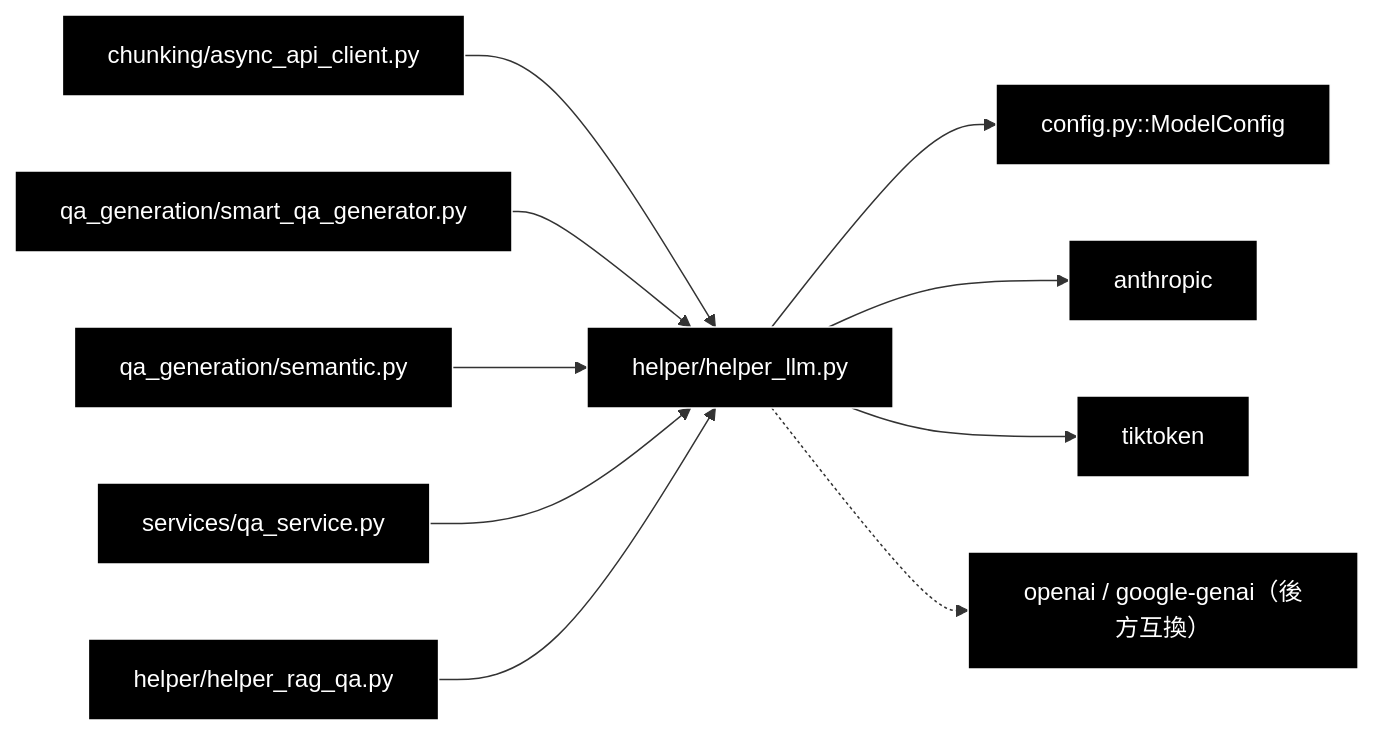
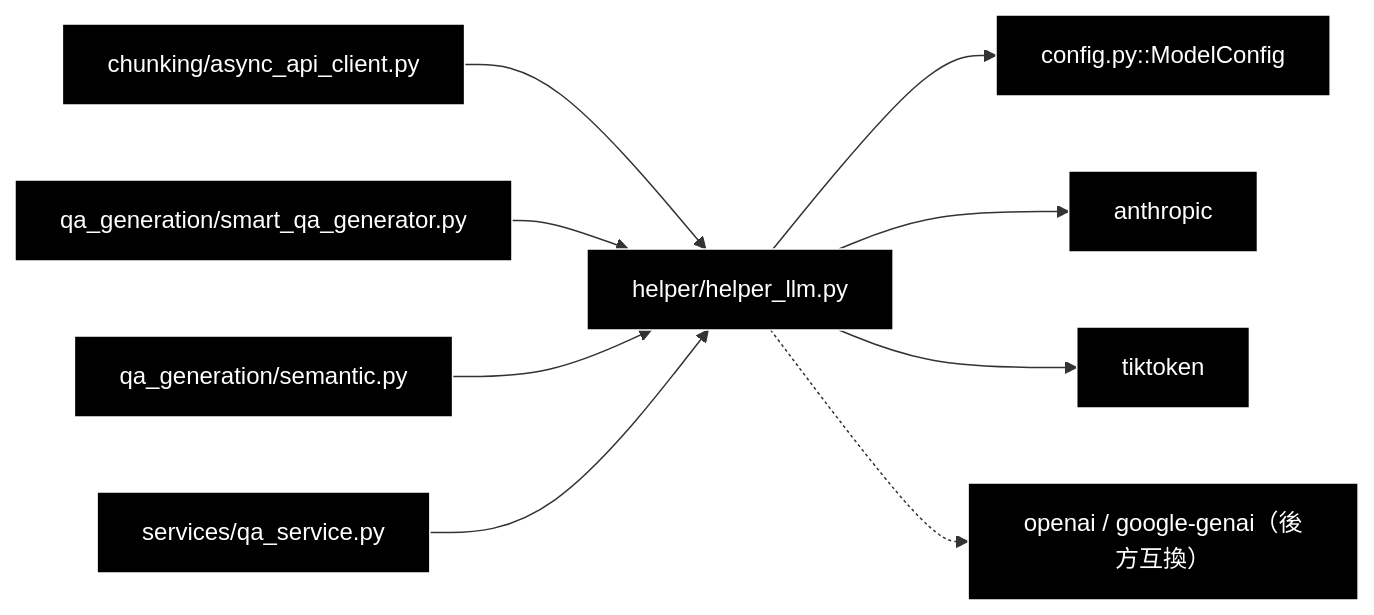
The third of 3 diagrams in helper/docs/helper_llm.md (nakashima2toshio/grace_v2), drawn with Mermaid before and after one commit. The commit also changed other lines of this file and 36 other files, not shown here.

````diff
--- a/helper/docs/helper_llm.md
+++ b/helper/docs/helper_llm.md
@@ -532,15 +531,14 @@
 ```mermaid
 flowchart LR
     CHK["chunking/async_api_client.py"] --> HL["helper/helper_llm.py"]
     SQA["qa_generation/smart_qa_generator.py"] --> HL
     SEM["qa_generation/semantic.py"] --> HL
     QAS["services/qa_service.py"] --> HL
-    RQA["helper/helper_rag_qa.py"] --> HL
     HL --> CFG["config.py::ModelConfig"]
     HL --> ANT["anthropic"]
     HL --> TIK["tiktoken"]
     HL -.-> OAI["openai / google-genai（後方互換）"]
 classDef default fill:#000,stroke:#fff,color:#fff
 classDef subgraphStyle fill:#1a1a1a,stroke:#fff,color:#fff
-class CHK,SQA,SEM,QAS,RQA,HL,CFG,ANT,TIK,OAI default
+class CHK,SQA,SEM,QAS,HL,CFG,ANT,TIK,OAI default
 ```
````
